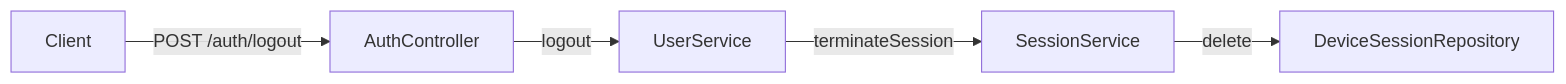
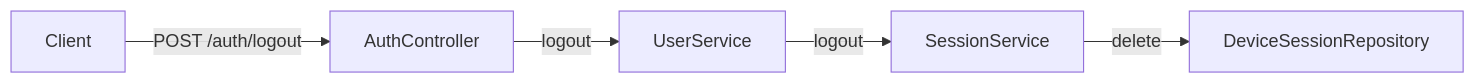
One commit to martinsterentjevs/cacheit-server changed the sixth of 6 diagrams in docs/references/auth-reference.md. Above: the diagram before and after it, drawn with Mermaid. The commit also changed other lines of this file and 26 other files, not shown here.

````diff
--- a/docs/references/auth-reference.md
+++ b/docs/references/auth-reference.md
@@ -123,9 +161,9 @@
 ```mermaid
 graph LR
     start[Client]
     a[AuthController]
     b[UserService]
     c[SessionService]
     dsRepo[DeviceSessionRepository]
-    start--POST /auth/logout-->a--logout-->b--terminateSession-->c--delete-->dsRepo
+    start--POST /auth/logout-->a--logout-->b--logout-->c--delete-->dsRepo
 ```
````
